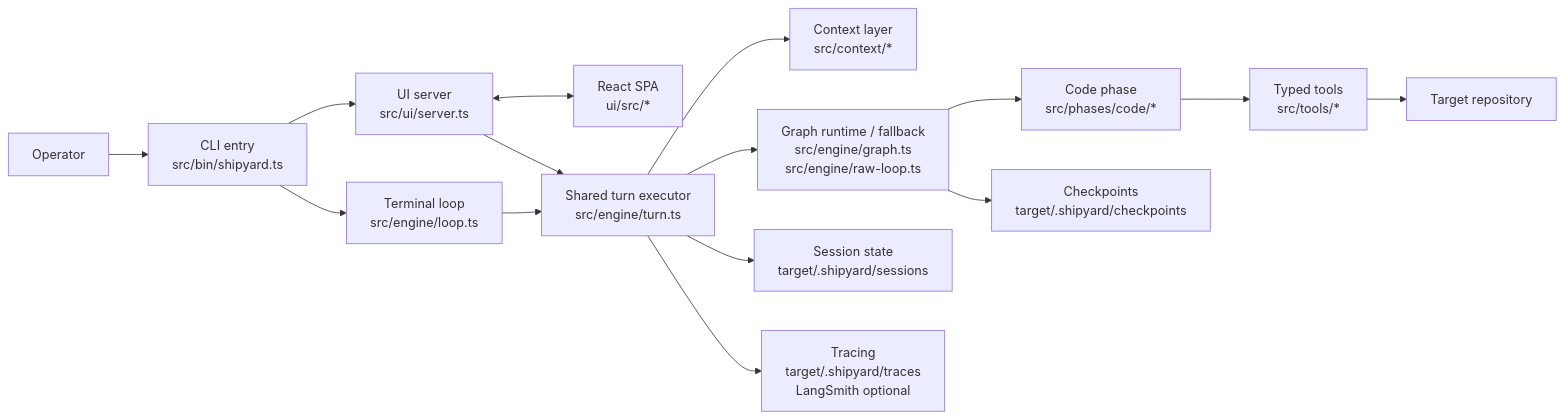
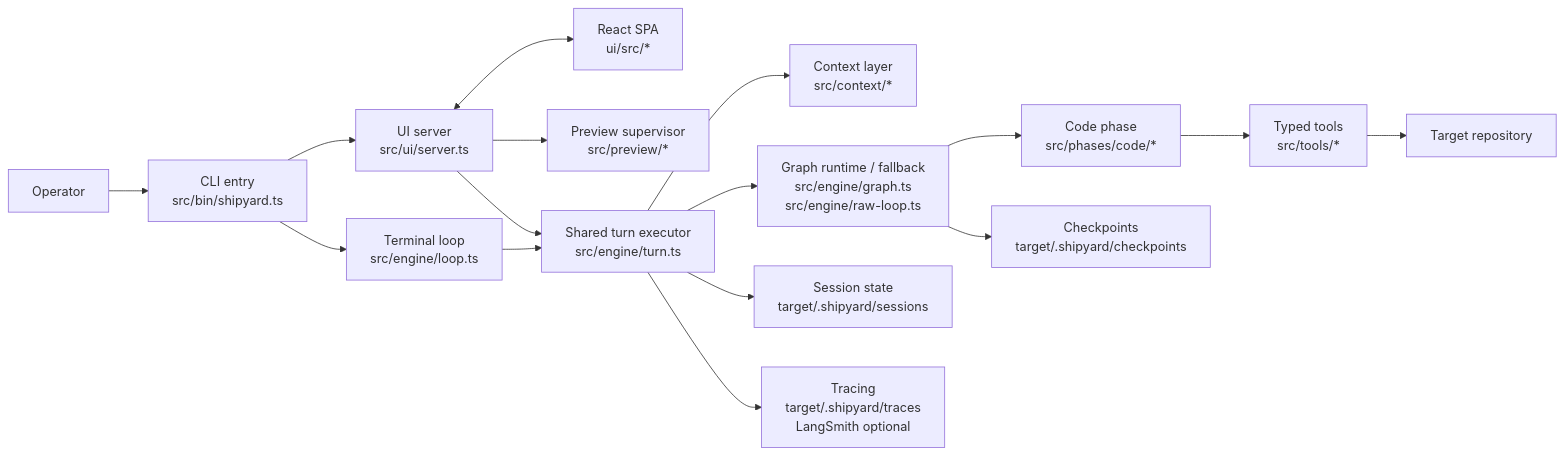
The first of 3 diagrams in shipyard/docs/architecture/README.md (thisisyoussef/shipyard), drawn with Mermaid before and after one commit. The commit also changed other lines of this file and 27 other files, not shown here.

````diff
--- a/shipyard/docs/architecture/README.md
+++ b/shipyard/docs/architecture/README.md
@@ -14,32 +14,34 @@
 ```mermaid
 flowchart LR
   User["Operator"]
   CLI["CLI entry<br/>src/bin/shipyard.ts"]
   Loop["Terminal loop<br/>src/engine/loop.ts"]
   UiServer["UI server<br/>src/ui/server.ts"]
   Spa["React SPA<br/>ui/src/*"]
+  Preview["Preview supervisor<br/>src/preview/*"]
   Turn["Shared turn executor<br/>src/engine/turn.ts"]
   Context["Context layer<br/>src/context/*"]
   Graph["Graph runtime / fallback<br/>src/engine/graph.ts<br/>src/engine/raw-loop.ts"]
   Phase["Code phase<br/>src/phases/code/*"]
   Tools["Typed tools<br/>src/tools/*"]
   Target["Target repository"]
   Session["Session state<br/>target/.shipyard/sessions"]
   Checkpoints["Checkpoints<br/>target/.shipyard/checkpoints"]
   Traces["Tracing<br/>target/.shipyard/traces<br/>LangSmith optional"]
 
   User --> CLI
   CLI --> Loop
   CLI --> UiServer
   UiServer <--> Spa
+  UiServer --> Preview
   Loop --> Turn
   UiServer --> Turn
   Turn --> Context
   Turn --> Graph
   Graph --> Phase
   Phase --> Tools
   Tools --> Target
   Turn --> Session
   Graph --> Checkpoints
   Turn --> Traces
 ```
````
